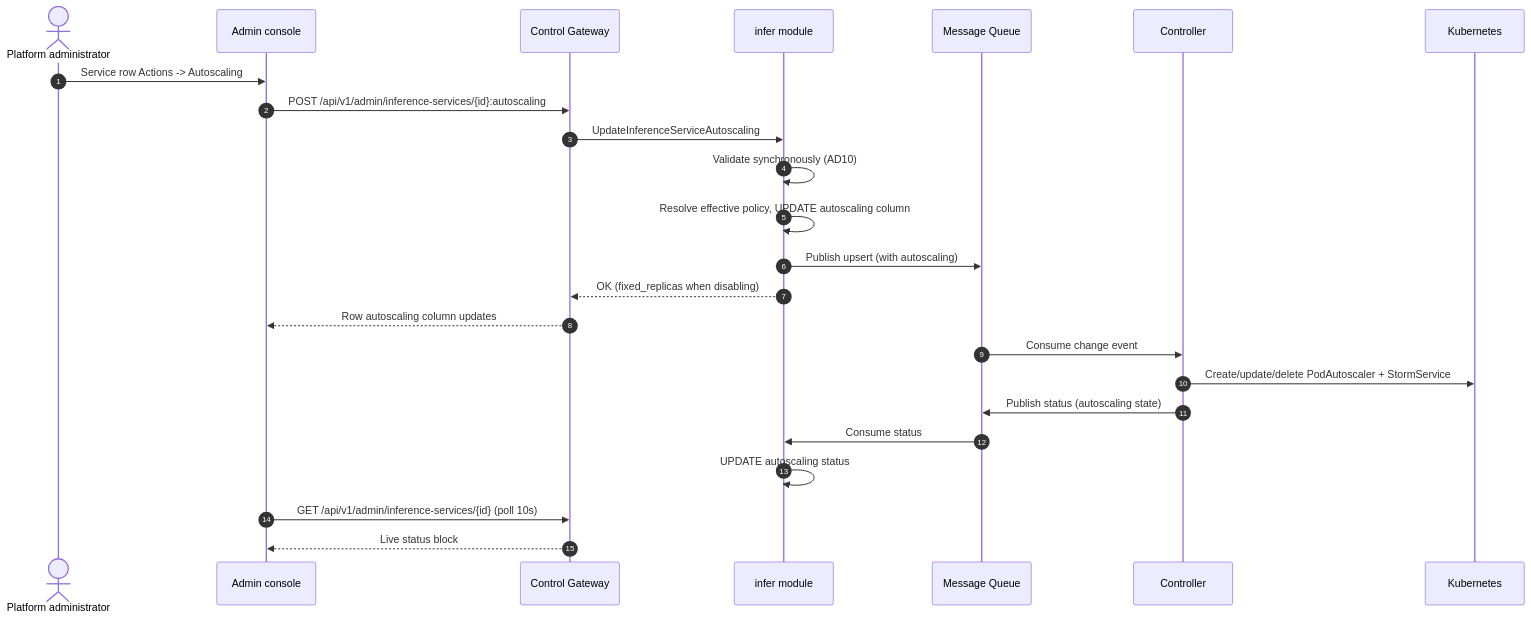
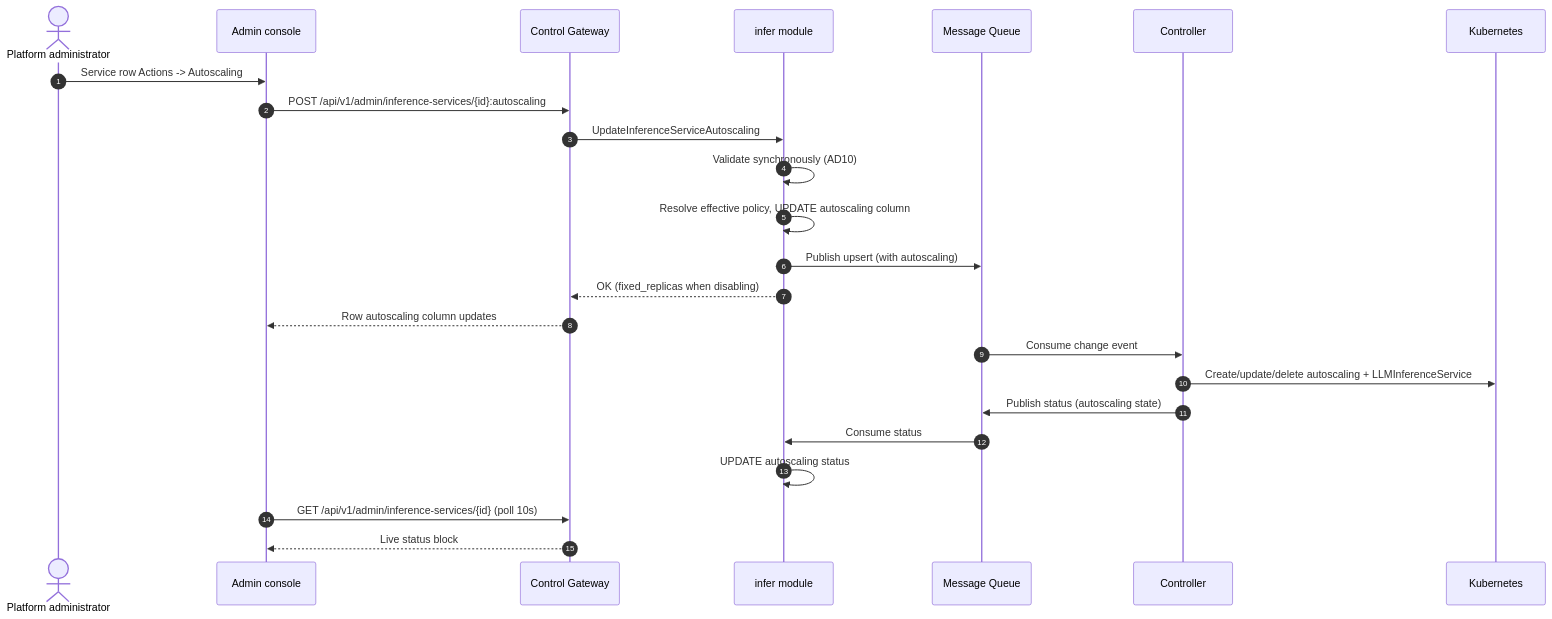
The third of 5 diagrams in site/docs/architecture/inference-autoscaling.md (go-taas/go-taas), drawn with Mermaid before and after one commit. The commit also changed other lines of this file and 151 other files, not shown here.

````diff
--- a/site/docs/architecture/inference-autoscaling.md
+++ b/site/docs/architecture/inference-autoscaling.md
@@ -508,27 +503,27 @@
 ```mermaid
 sequenceDiagram
     autonumber
     actor Admin as Platform administrator
     participant UI as Admin console
     participant CGW as Control Gateway
     participant Infer as infer module
     participant MQ as Message Queue
     participant CTRL as Controller
     participant K8s as Kubernetes
 
     Admin->>UI: Service row Actions -> Autoscaling
     UI->>CGW: POST /api/v1/admin/inference-services/{id}:autoscaling
     CGW->>Infer: UpdateInferenceServiceAutoscaling
     Infer->>Infer: Validate synchronously (AD10)
     Infer->>Infer: Resolve effective policy, UPDATE autoscaling column
     Infer->>MQ: Publish upsert (with autoscaling)
     Infer-->>CGW: OK (fixed_replicas when disabling)
     CGW-->>UI: Row autoscaling column updates
     MQ->>CTRL: Consume change event
-    CTRL->>K8s: Create/update/delete PodAutoscaler + StormService
+    CTRL->>K8s: Create/update/delete autoscaling + LLMInferenceService
     CTRL->>MQ: Publish status (autoscaling state)
     MQ->>Infer: Consume status
     Infer->>Infer: UPDATE autoscaling status
     UI->>CGW: GET /api/v1/admin/inference-services/{id} (poll 10s)
     CGW-->>UI: Live status block
 ```
````
